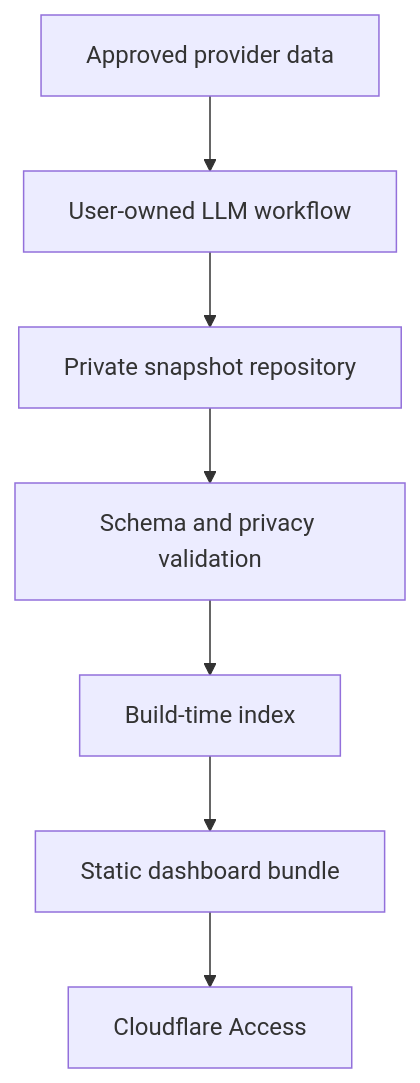
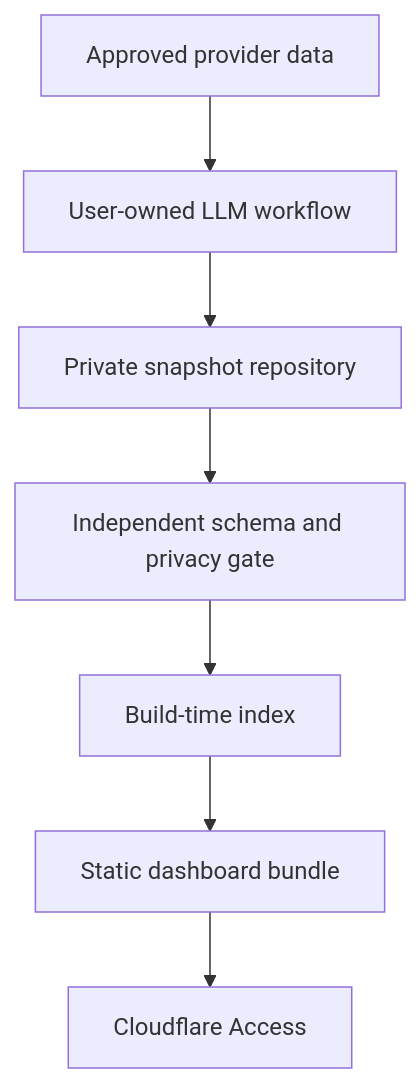
One commit to mohsinht/zaati-os changed the diagram in docs/architecture.md. Above: the diagram before and after it, drawn with Mermaid. The commit also changed other lines of this file and 89 other files, not shown here.

````diff
--- a/docs/architecture.md
+++ b/docs/architecture.md
@@ -5,9 +5,9 @@
 ```mermaid
 flowchart TD
   A[Approved provider data] --> B[User-owned LLM workflow]
   B --> C[Private snapshot repository]
-  C --> D[Schema and privacy validation]
+  C --> D[Independent schema and privacy gate]
   D --> E[Build-time index]
   E --> F[Static dashboard bundle]
   F --> G[Cloudflare Access]
 ```
````
